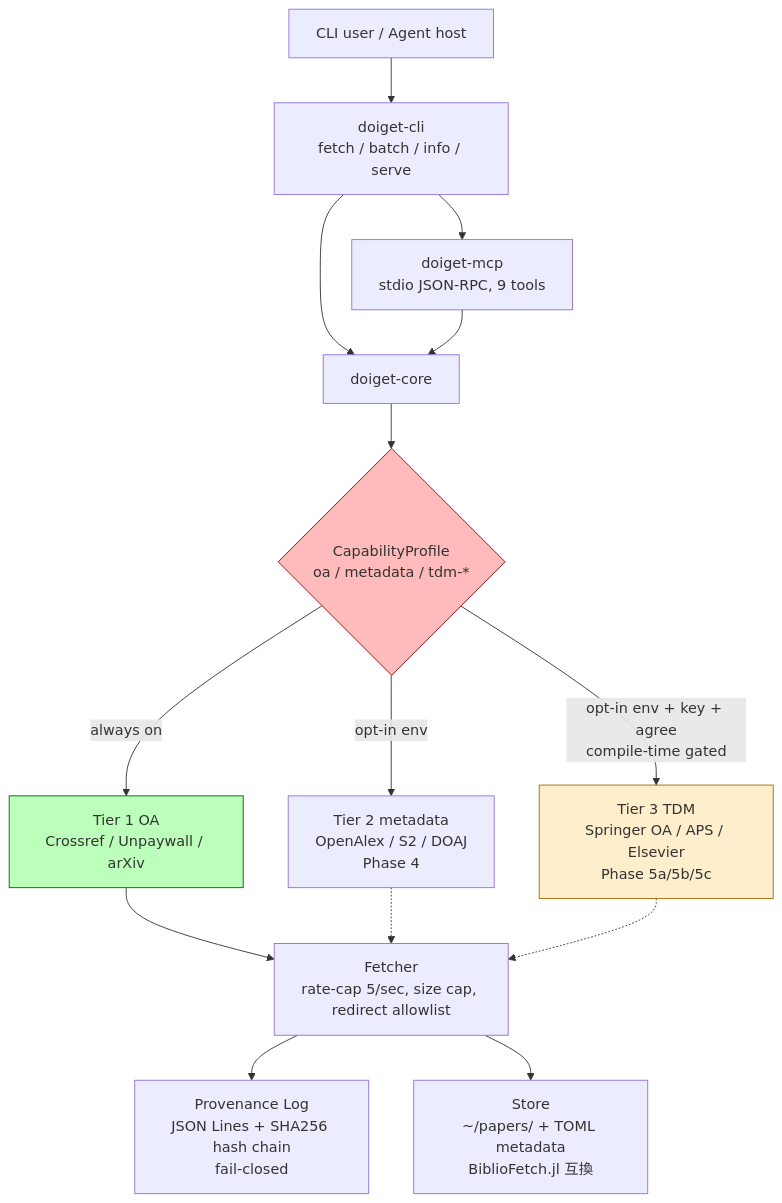
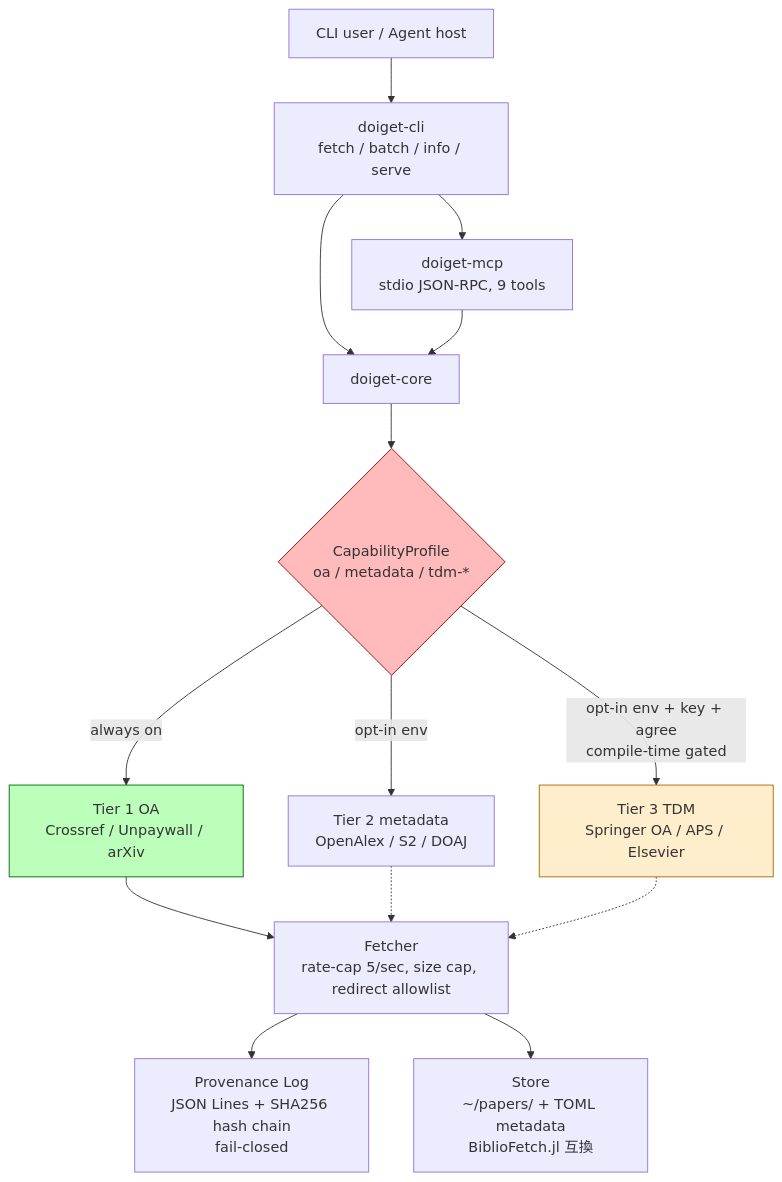
The first of 3 diagrams in docs/ARCHITECTURE.md (QAtlasHub/doiget), drawn with Mermaid before and after one commit. The commit also changed other lines of this file and 10 other files, not shown here.

````diff
--- a/docs/ARCHITECTURE.md
+++ b/docs/ARCHITECTURE.md
@@ -22,27 +22,27 @@
 ```mermaid
 flowchart TB
     User[CLI user / Agent host]
     User --> CLI[doiget-cli<br/>fetch / batch / info / serve]
     CLI --> MCP[doiget-mcp<br/>stdio JSON-RPC, 9 tools]
     CLI --> Core[doiget-core]
     MCP --> Core
 
     Core --> Cap{CapabilityProfile<br/>oa / metadata / tdm-*}
     Cap -->|always on| OA[Tier 1 OA<br/>Crossref / Unpaywall / arXiv]
-    Cap -->|opt-in env| Meta[Tier 2 metadata<br/>OpenAlex / S2 / DOAJ<br/>Phase 4]
-    Cap -->|opt-in env + key + agree<br/>compile-time gated| TDM[Tier 3 TDM<br/>Springer OA / APS / Elsevier<br/>Phase 5a/5b/5c]
+    Cap -->|opt-in env| Meta[Tier 2 metadata<br/>OpenAlex / S2 / DOAJ]
+    Cap -->|opt-in env + key + agree<br/>compile-time gated| TDM[Tier 3 TDM<br/>Springer OA / APS / Elsevier]
 
     OA --> Fetcher[Fetcher<br/>rate-cap 5/sec, size cap, redirect allowlist]
     Meta -.-> Fetcher
     TDM -.-> Fetcher
 
     Fetcher --> Log[Provenance Log<br/>JSON Lines + SHA256 hash chain<br/>fail-closed]
     Fetcher --> Store[Store<br/>~/papers/ + TOML metadata<br/>BiblioFetch.jl 互換]
 
     classDef hot fill:#fbb,stroke:#900
     classDef oa fill:#bfb,stroke:#060
     classDef gated fill:#fec,stroke:#a60
     class Cap hot
     class OA oa
     class TDM gated
 ```
````
